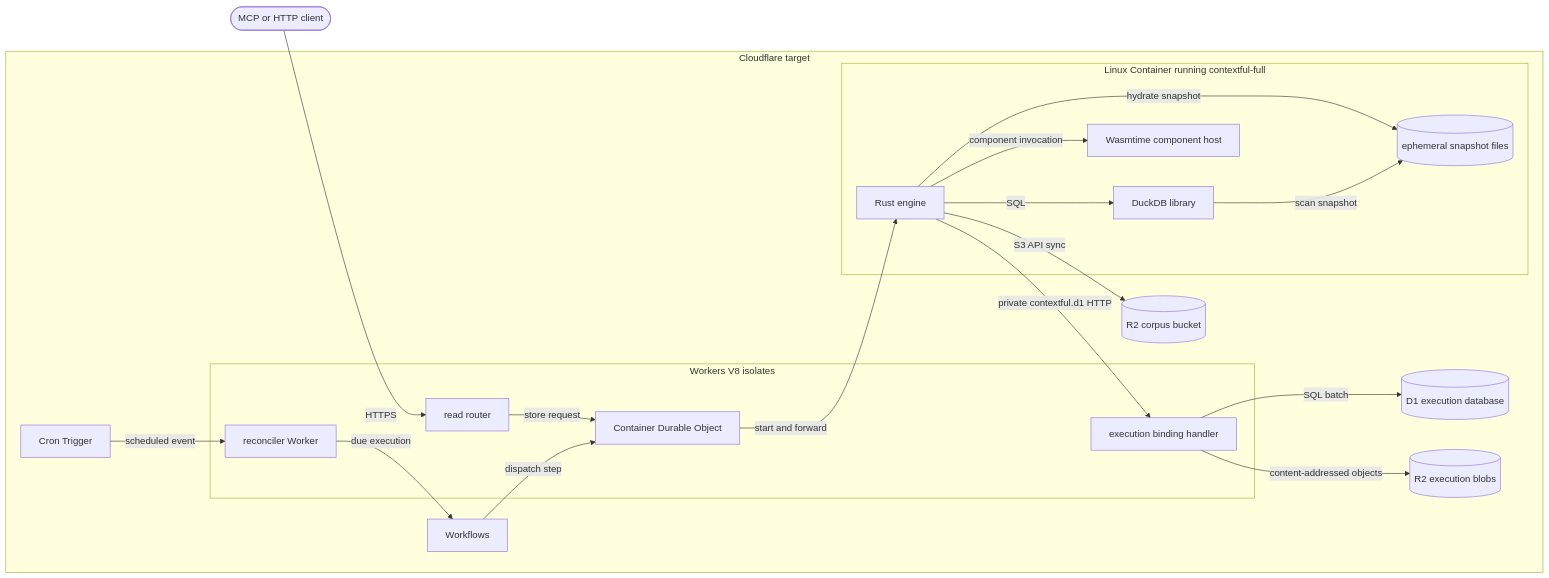
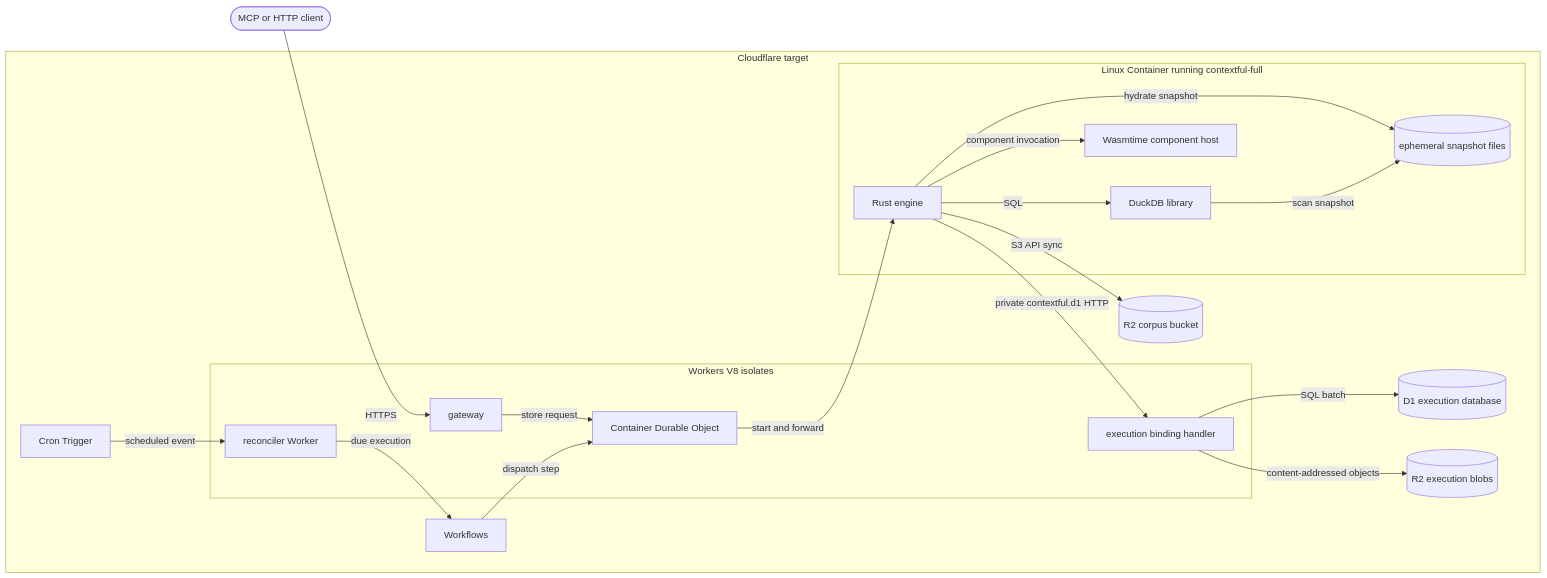
Before and after one commit to fractalboxdev/contextful: the second of 3 diagrams in spec/targets.md, drawn with Mermaid. The commit also changed other lines of this file and 12 other files, not shown here.

Commit message:
spec: the front Worker is the gateway, the one name for the Worker router, routing hop and read router

````diff
--- a/spec/targets.md
+++ b/spec/targets.md
@@ -84,37 +84,37 @@
 ```mermaid
 flowchart LR
   CALLER(["MCP or HTTP client"]):::muted
   subgraph ACCOUNT["Cloudflare target"]
     subgraph WORKERS["Workers V8 isolates"]
-      ROUTER["read router"]:::accent
+      GATEWAY["gateway"]:::accent
       RECON["reconciler Worker"]:::accent
       BIND["execution binding handler"]:::accent
       OWNER["Container Durable Object"]:::accent
     end
     CRON["Cron Trigger"]:::accent
     FLOW["Workflows"]:::accent
     subgraph LINUX["Linux Container running contextful-full"]
       RUST["Rust engine"]:::accent
       SQL["DuckDB library"]:::accent
       WASM["Wasmtime component host"]:::accent
       FILES[("ephemeral snapshot files")]:::store
     end
     DB[("D1 execution database")]:::store
     BLOBS[("R2 execution blobs")]:::store
     CORPUS[("R2 corpus bucket")]:::store
   end
-  CALLER -- "HTTPS" --> ROUTER
-  ROUTER -- "store request" --> OWNER
+  CALLER -- "HTTPS" --> GATEWAY
+  GATEWAY -- "store request" --> OWNER
   CRON -- "scheduled event" --> RECON
   RECON -- "due execution" --> FLOW
   FLOW -- "dispatch step" --> OWNER
   OWNER -- "start and forward" --> RUST
   RUST -- "SQL" --> SQL
   RUST -- "component invocation" --> WASM
   RUST -- "hydrate snapshot" --> FILES
   SQL -- "scan snapshot" --> FILES
   RUST -- "private contextful.d1 HTTP" --> BIND
   BIND -- "SQL batch" --> DB
   BIND -- "content-addressed objects" --> BLOBS
   RUST -- "S3 API sync" --> CORPUS
 ```
````
